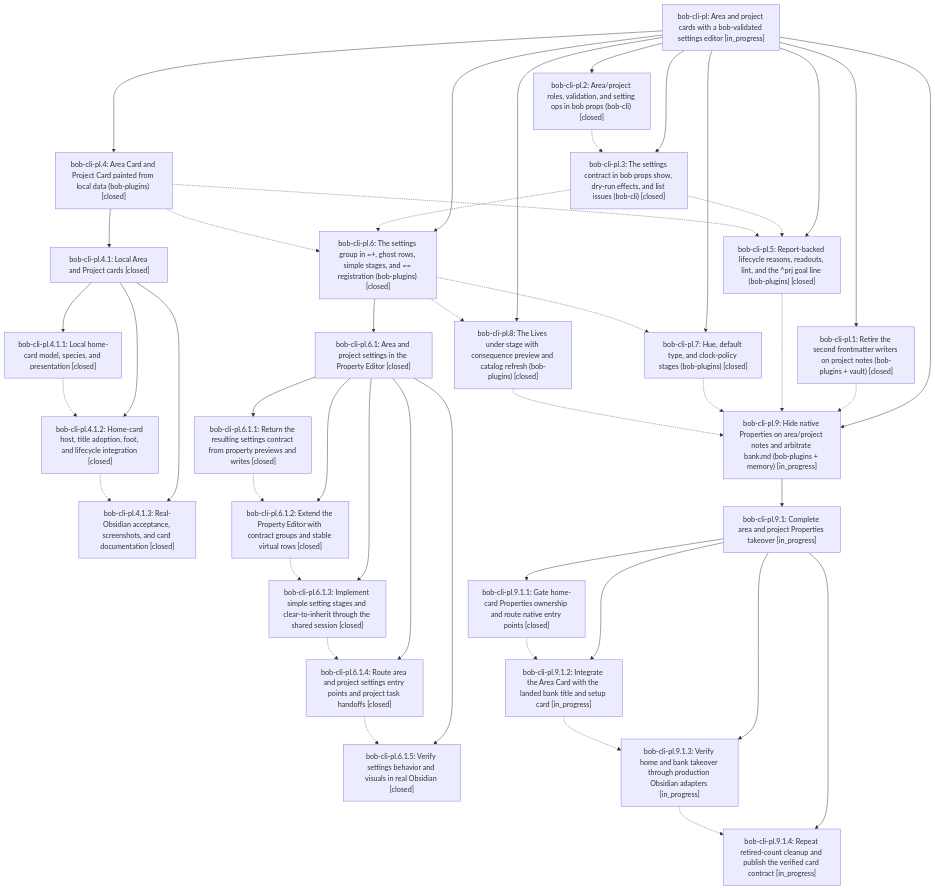
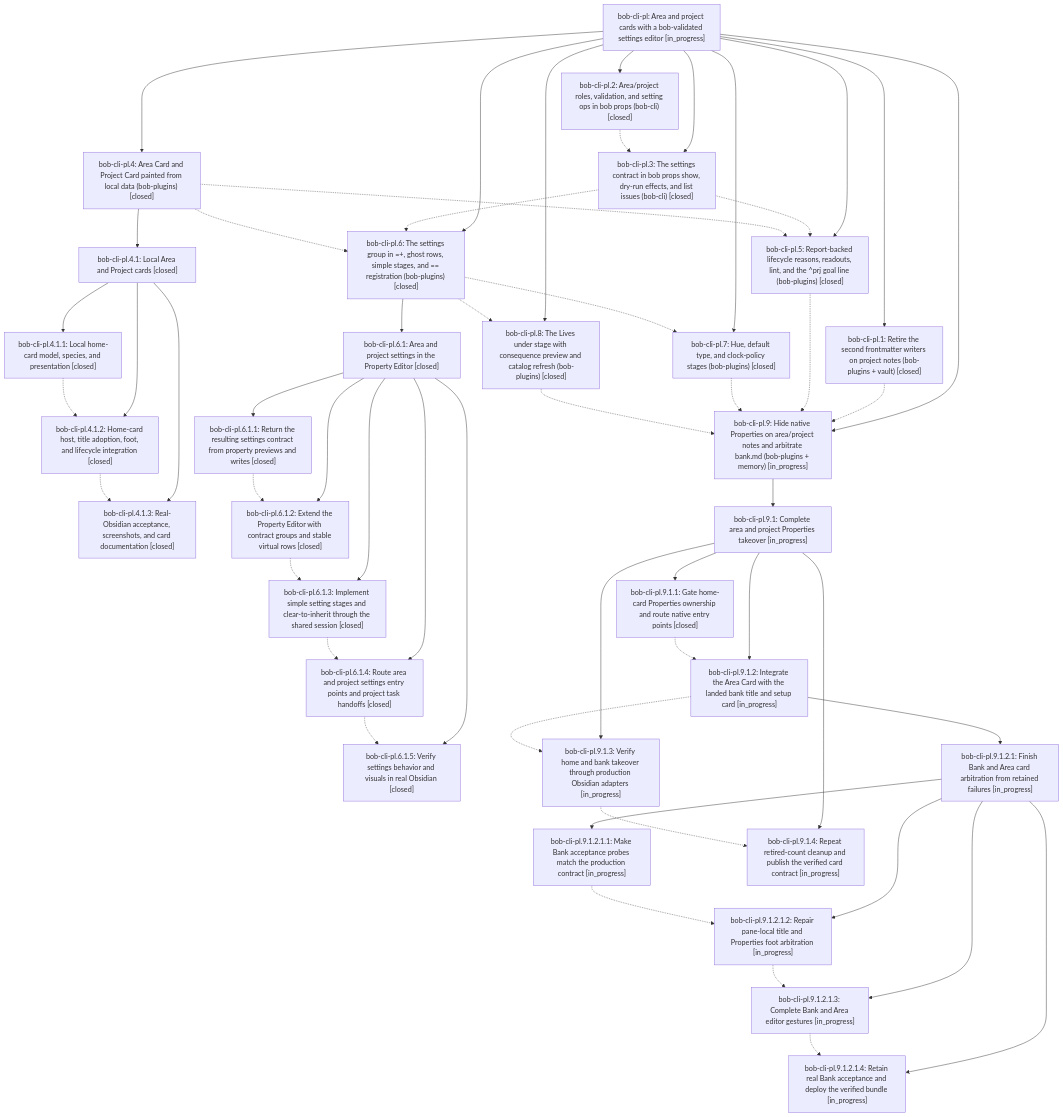
The diagram in pages/bob-cli-pl/README.md (bobs-org/bob-cli--beads), drawn with Mermaid before and after one commit. The commit also changed other lines of this file and 6 other files, not shown here.

First line of the commit message:
chore(beads): sync bead state and pages for bob-cli-pl

````diff
--- a/pages/bob-cli-pl/README.md
+++ b/pages/bob-cli-pl/README.md
@@ -72,8 +72,13 @@
     n20["bob-cli-pl.9.1: Complete area and project Properties takeover [in_progress]"]
     n21["bob-cli-pl.9.1.1: Gate home-card Properties ownership and route native entry points [closed]"]
     n22["bob-cli-pl.9.1.2: Integrate the Area Card with the landed bank title and setup card [in_progress]"]
-    n23["bob-cli-pl.9.1.3: Verify home and bank takeover through production Obsidian adapters [in_progress]"]
-    n24["bob-cli-pl.9.1.4: Repeat retired-count cleanup and publish the verified card contract [in_progress]"]
+    n23["bob-cli-pl.9.1.2.1: Finish Bank and Area card arbitration from retained failures [in_progress]"]
+    n24["bob-cli-pl.9.1.2.1.1: Make Bank acceptance probes match the production contract [in_progress]"]
+    n25["bob-cli-pl.9.1.2.1.2: Repair pane-local title and Properties foot arbitration [in_progress]"]
+    n26["bob-cli-pl.9.1.2.1.3: Complete Bank and Area editor gestures [in_progress]"]
+    n27["bob-cli-pl.9.1.2.1.4: Retain real Bank acceptance and deploy the verified bundle [in_progress]"]
+    n28["bob-cli-pl.9.1.3: Verify home and bank takeover through production Obsidian adapters [in_progress]"]
+    n29["bob-cli-pl.9.1.4: Repeat retired-count cleanup and publish the verified card contract [in_progress]"]
     n0 --> n1
     n0 --> n2
     n0 --> n3
@@ -96,8 +101,13 @@
     n19 --> n20
     n20 --> n21
     n20 --> n22
-    n20 --> n23
-    n20 --> n24
+    n22 --> n23
+    n23 --> n24
+    n23 --> n25
+    n23 --> n26
+    n23 --> n27
+    n20 --> n28
+    n20 --> n29
     n1 -.-> n19
     n2 -.-> n3
     n3 -.-> n9
@@ -116,6 +126,9 @@
     n17 -.-> n19
     n18 -.-> n19
     n21 -.-> n22
-    n22 -.-> n23
-    n23 -.-> n24
+    n22 -.-> n28
+    n24 -.-> n25
+    n25 -.-> n26
+    n26 -.-> n27
+    n28 -.-> n29
 ```
````
